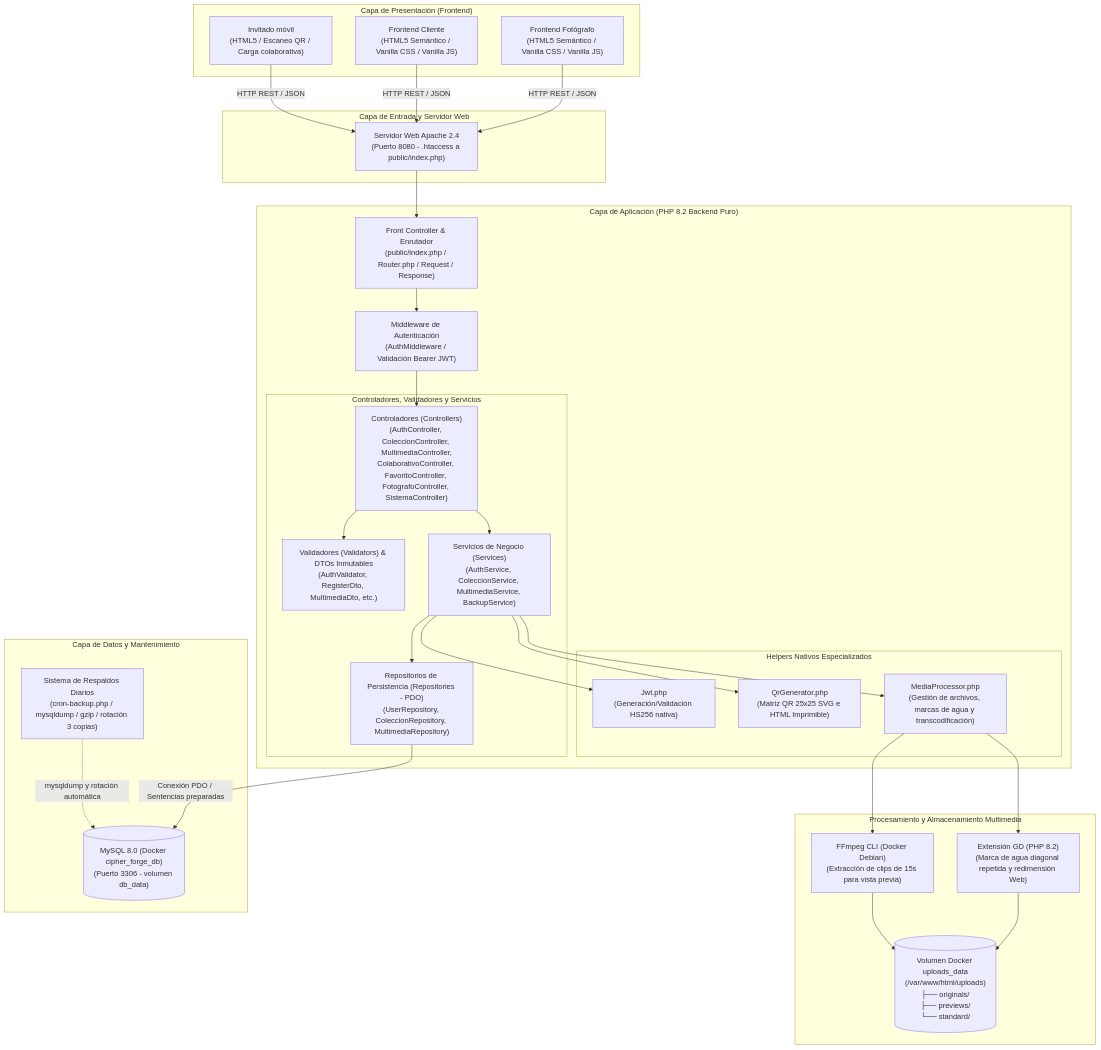
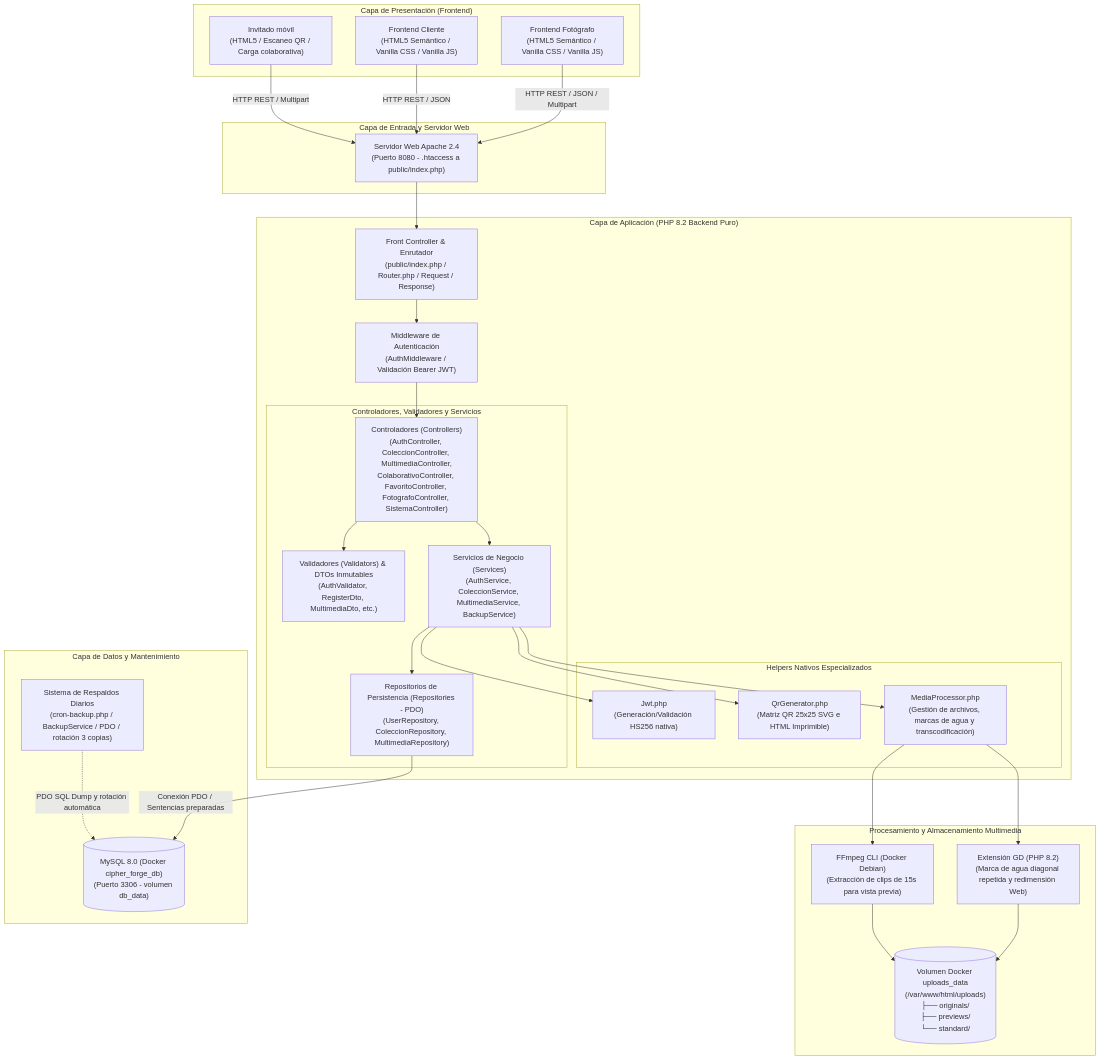
The first of 4 diagrams in Gestion-fotografias/docs/02-modelado.md (NicolasNegretto7/Cipher_Forge), drawn with Mermaid before and after one commit. The commit also changed other lines of this file and 1 other file, not shown here.

Commit message:
docs: add architecture documentation including system modeling, infrastructure details, and technical justification

````diff
--- a/Gestion-fotografias/docs/02-modelado.md
+++ b/Gestion-fotografias/docs/02-modelado.md
@@ -11,64 +11,64 @@
 ```mermaid
 graph TD
     subgraph Clientes ["Capa de Presentación (Frontend)"]
         FC["Frontend Fotógrafo\n(HTML5 Semántico / Vanilla CSS / Vanilla JS)"]
         FU["Frontend Cliente\n(HTML5 Semántico / Vanilla CSS / Vanilla JS)"]
         INV["Invitado móvil\n(HTML5 / Escaneo QR / Carga colaborativa)"]
     end
 
     subgraph Red ["Capa de Entrada y Servidor Web"]
         APACHE["Servidor Web Apache 2.4\n(Puerto 8080 - .htaccess a public/index.php)"]
     end
 
     subgraph Backend ["Capa de Aplicación (PHP 8.2 Backend Puro)"]
         ROUTER["Front Controller & Enrutador\n(public/index.php / Router.php / Request / Response)"]
         AUTH_MID["Middleware de Autenticación\n(AuthMiddleware / Validación Bearer JWT)"]
         
         subgraph Modulos ["Controladores, Validadores y Servicios"]
             CTRL["Controladores (Controllers)\n(AuthController, ColeccionController, MultimediaController,\nColaborativoController, FavoritoController, FotografoController, SistemaController)"]
             VAL["Validadores (Validators) & DTOs Inmutables\n(AuthValidator, RegisterDto, MultimediaDto, etc.)"]
             SERV["Servicios de Negocio (Services)\n(AuthService, ColeccionService, MultimediaService, BackupService)"]
             REPO["Repositorios de Persistencia (Repositories - PDO)\n(UserRepository, ColeccionRepository, MultimediaRepository)"]
         end
 
         subgraph HelpersNativos ["Helpers Nativos Especializados"]
             JWT_HELP["Jwt.php\n(Generación/Validación HS256 nativa)"]
             QR_HELP["QrGenerator.php\n(Matriz QR 25x25 SVG e HTML Imprimible)"]
             MEDIA_PROC["MediaProcessor.php\n(Gestión de archivos, marcas de agua y transcodificación)"]
         end
     end
 
     subgraph Multimedia ["Procesamiento y Almacenamiento Multimedia"]
         GD["Extensión GD (PHP 8.2)\n(Marca de agua diagonal repetida y redimensión Web)"]
         FFMPEG["FFmpeg CLI (Docker Debian)\n(Extracción de clips de 15s para vista previa)"]
         FS[("Volumen Docker uploads_data\n(/var/www/html/uploads)\n├── originals/\n├── previews/\n└── standard/")]
     end
 
     subgraph Persistencia ["Capa de Datos y Mantenimiento"]
         MYSQL[("MySQL 8.0 (Docker cipher_forge_db)\n(Puerto 3306 - volumen db_data)")]
-        BACKUP["Sistema de Respaldos Diarios\n(cron-backup.php / mysqldump / gzip / rotación 3 copias)"]
+        BACKUP["Sistema de Respaldos Diarios\n(cron-backup.php / BackupService / PDO / rotación 3 copias)"]
     end
 
-    FC -->|HTTP REST / JSON| APACHE
+    FC -->|HTTP REST / JSON / Multipart| APACHE
     FU -->|HTTP REST / JSON| APACHE
-    INV -->|HTTP REST / JSON| APACHE
+    INV -->|HTTP REST / Multipart| APACHE
     
     APACHE --> ROUTER
     ROUTER --> AUTH_MID
     AUTH_MID --> CTRL
     CTRL --> VAL
     CTRL --> SERV
     SERV --> REPO
     
     SERV --> JWT_HELP
     SERV --> QR_HELP
     SERV --> MEDIA_PROC
     
     MEDIA_PROC --> GD
     MEDIA_PROC --> FFMPEG
     
     GD --> FS
     FFMPEG --> FS
     REPO -->|Conexión PDO / Sentencias preparadas| MYSQL
-    BACKUP -.->|mysqldump y rotación automática| MYSQL
+    BACKUP -.->|PDO SQL Dump y rotación automática| MYSQL
 ```
````
